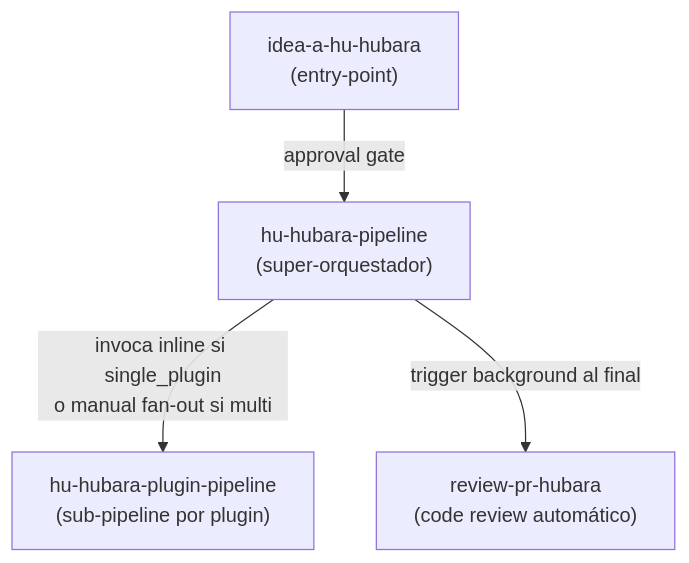
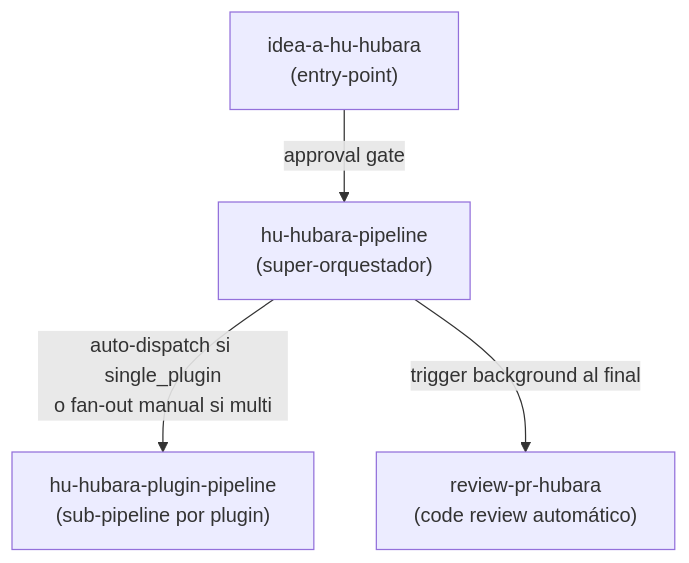
The third of 14 diagrams in HUBARA_PIPELINE_GUIDE.md (einsteindark-edgm/AgencyHubara), drawn with Mermaid before and after one commit. The commit also changed other lines of this file and 5 other files, not shown here.

````diff
--- a/HUBARA_PIPELINE_GUIDE.md
+++ b/HUBARA_PIPELINE_GUIDE.md
@@ -167,11 +167,11 @@
 ```mermaid
 flowchart TB
   IdeaHU["idea-a-hu-hubara<br/>(entry-point)"]
   HuPipe["hu-hubara-pipeline<br/>(super-orquestador)"]
   PluginPipe["hu-hubara-plugin-pipeline<br/>(sub-pipeline por plugin)"]
   ReviewPipe["review-pr-hubara<br/>(code review automático)"]
 
   IdeaHU -->|approval gate| HuPipe
-  HuPipe -->|invoca inline si single_plugin<br/>o manual fan-out si multi| PluginPipe
+  HuPipe -->|auto-dispatch si single_plugin<br/>o fan-out manual si multi| PluginPipe
   HuPipe -->|trigger background al final| ReviewPipe
 ```
````
